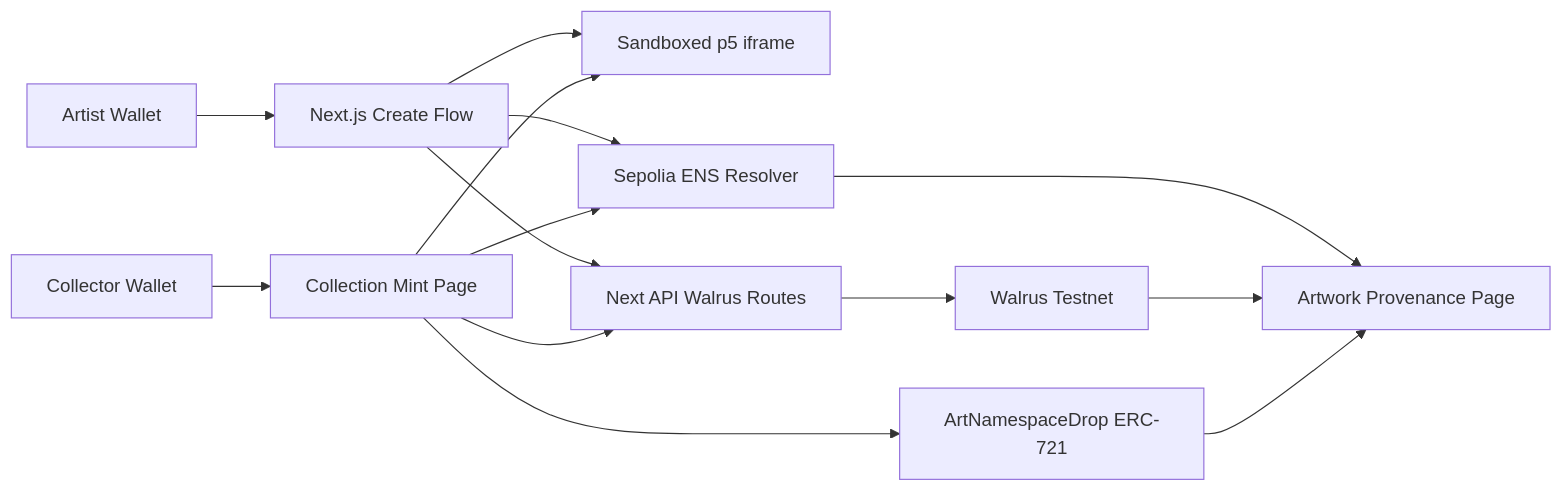
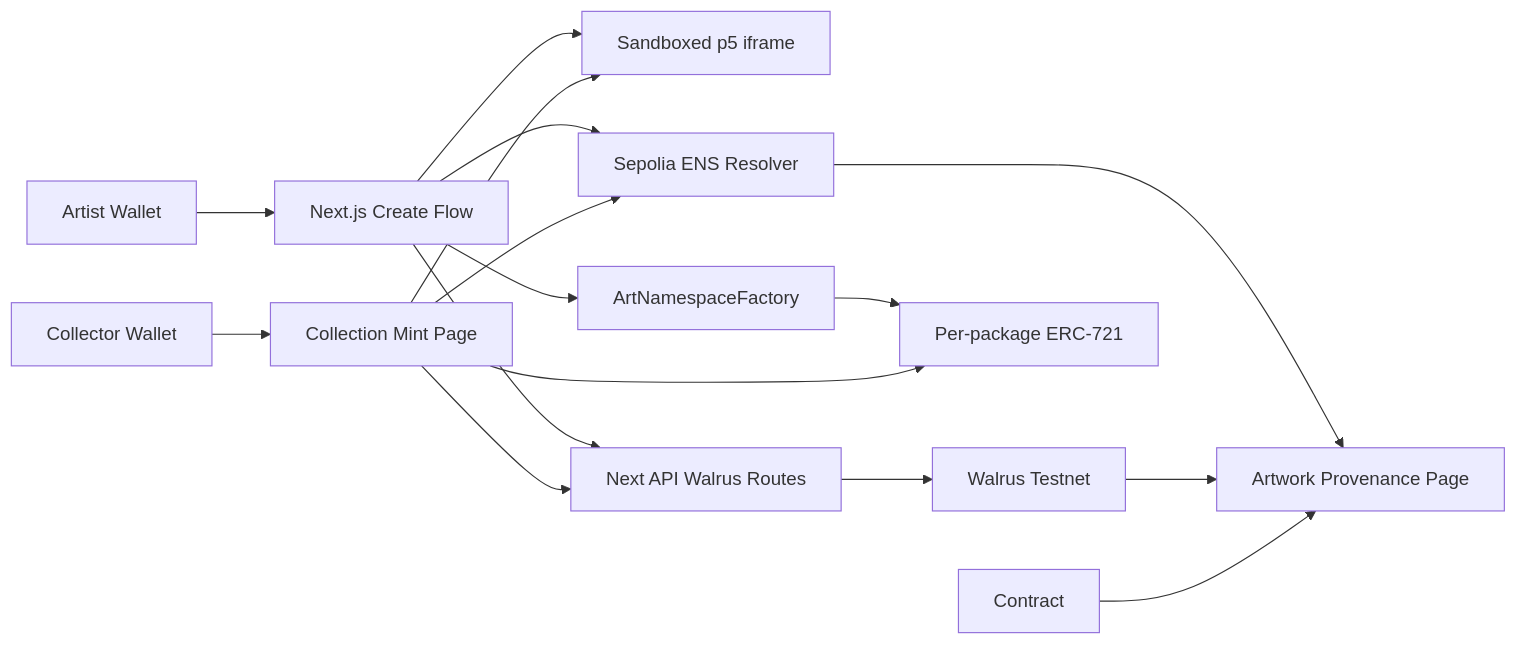
One commit to jpswelch/artnamespace changed the diagram in docs/ARCHITECTURE.md. Above: the diagram before and after it, drawn with Mermaid. The commit also changed other lines of this file and 39 other files, not shown here.

First line of the commit message:
Implement per-package ArtNamespace demo flow

````diff
--- a/docs/ARCHITECTURE.md
+++ b/docs/ARCHITECTURE.md
@@ -3,16 +3,18 @@
 ```mermaid
 flowchart LR
   Artist[Artist Wallet] --> Create[Next.js Create Flow]
   Create --> Renderer[Sandboxed p5 iframe]
   Create --> WalrusAPI[Next API Walrus Routes]
   WalrusAPI --> Walrus[Walrus Testnet]
   Create --> ENS[Sepolia ENS Resolver]
   Collector[Collector Wallet] --> Mint[Collection Mint Page]
   Mint --> Renderer
-  Mint --> Contract[ArtNamespaceDrop ERC-721]
+  Create --> Factory[ArtNamespaceFactory]
+  Factory --> Project[Per-package ERC-721]
+  Mint --> Project
   Mint --> WalrusAPI
   Mint --> ENS
   ENS --> Provenance[Artwork Provenance Page]
   Walrus --> Provenance
   Contract --> Provenance
 ```
````
